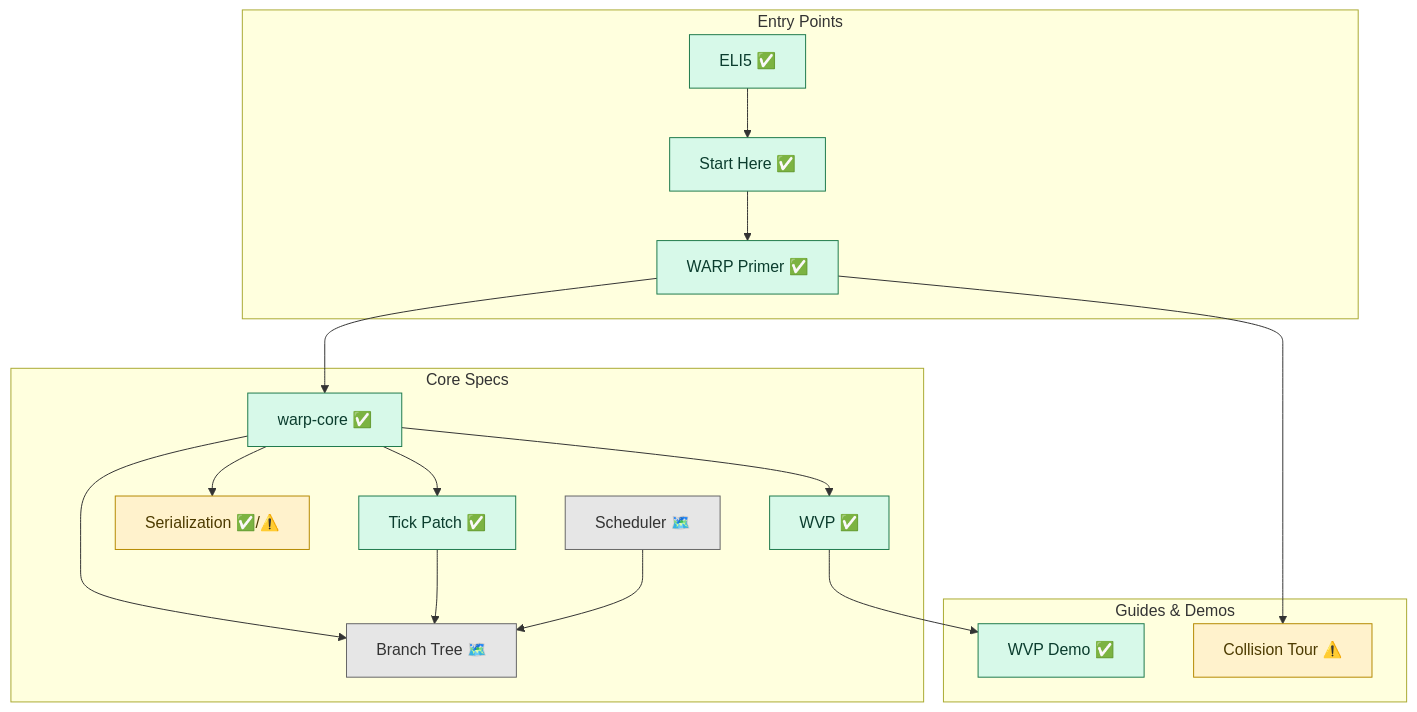
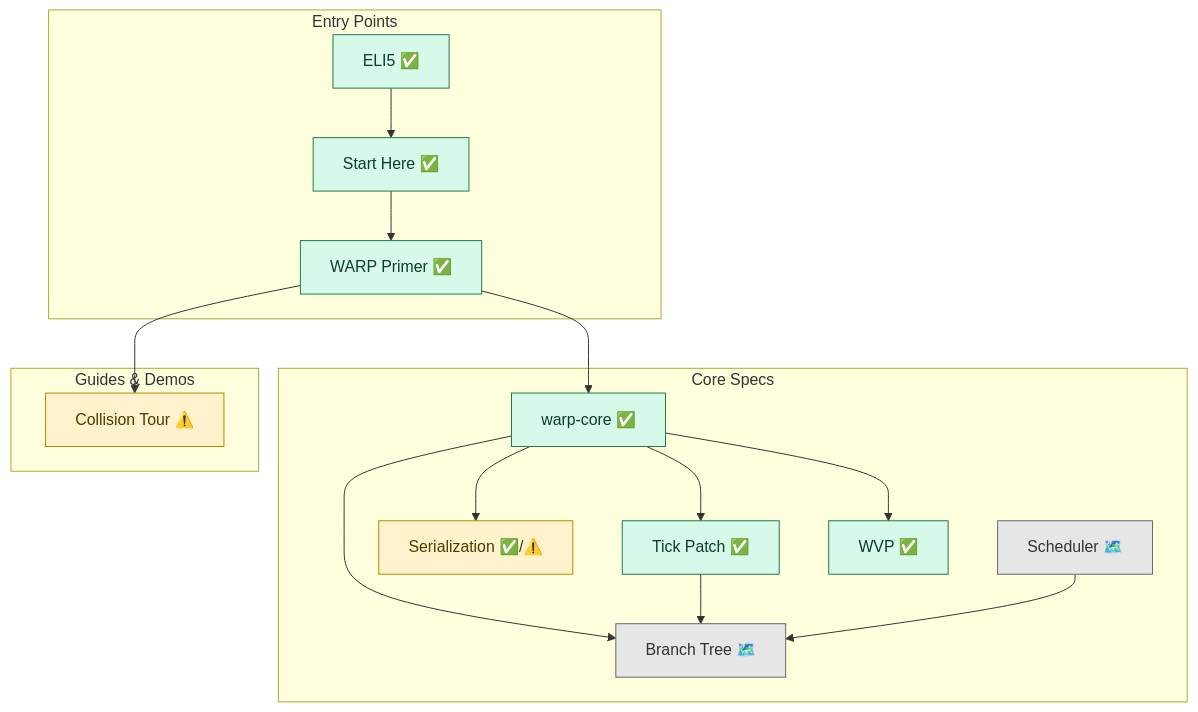
Before and after one commit to flyingrobots/echo: the diagram in docs/index.md, drawn with Mermaid. The commit also changed other lines of this file and 65 other files, not shown here.

````diff
--- a/docs/index.md
+++ b/docs/index.md
@@ -14,42 +14,40 @@
 ```mermaid
 flowchart TD
   subgraph Entry["Entry Points"]
     E1["ELI5 ✅"]
     E2["Start Here ✅"]
     E3["WARP Primer ✅"]
   end
 
   subgraph Core["Core Specs"]
     S1["warp-core ✅"]
     S2["Tick Patch ✅"]
     S3["Serialization ✅/⚠️"]
     S4["Branch Tree 🗺️"]
     S5["Scheduler 🗺️"]
     S6["WVP ✅"]
   end
 
   subgraph Guides["Guides & Demos"]
-    G1["WVP Demo ✅"]
     G2["Collision Tour ⚠️"]
   end
 
   E1 --> E2
   E2 --> E3
   E3 --> S1
   S1 --> S2
   S1 --> S3
   S1 --> S4
   S1 --> S6
   S2 --> S4
   S5 --> S4
-  S6 --> G1
   E3 --> G2
 
   classDef implemented fill:#d7f9e9,stroke:#1f7a4c,stroke-width:1px,color:#0b3d2e;
   classDef partial fill:#fff2cc,stroke:#b58900,stroke-width:1px,color:#4d3b00;
   classDef planned fill:#e6e6e6,stroke:#666,stroke-width:1px,color:#333;
 
-  class E1,E2,E3,S1,S2,S6,G1 implemented;
+  class E1,E2,E3,S1,S2,S6 implemented;
   class S3,G2 partial;
   class S4,S5 planned;
 ```
````
